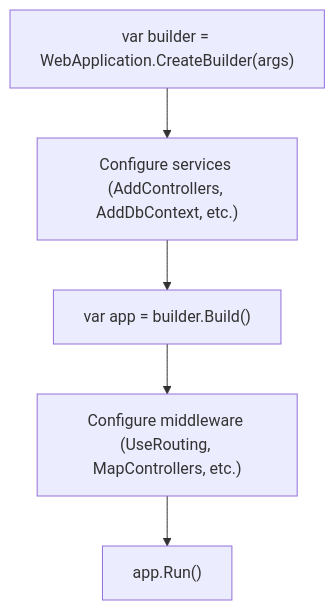
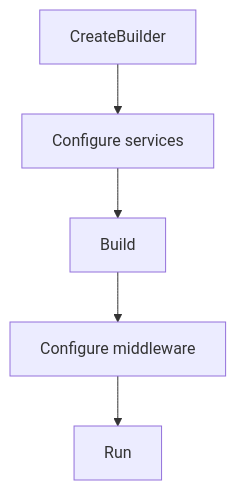
Before and after one commit to sridharpolepalli/dotnet-learn: the tenth of 19 diagrams in ASP.NET-Core-Network-HTTP-Guide.md, drawn with Mermaid. The commit also changed other lines of this file and 1 other file, not shown here.

Commit message:
fixing the mermaid issues

````diff
--- a/ASP.NET-Core-Network-HTTP-Guide.md
+++ b/ASP.NET-Core-Network-HTTP-Guide.md
@@ -555,7 +555,7 @@
 ```mermaid
 flowchart TB
-    A["var builder = WebApplication.CreateBuilder(args)"] --> B["Configure services (AddControllers, AddDbContext, etc.)"]
-    B --> C["var app = builder.Build()"]
-    C --> D["Configure middleware (UseRouting, MapControllers, etc.)"]
-    D --> E["app.Run()"]
+    A["CreateBuilder"] --> B["Configure services"]
+    B --> C["Build"]
+    C --> D["Configure middleware"]
+    D --> E["Run"]
 ```
````
